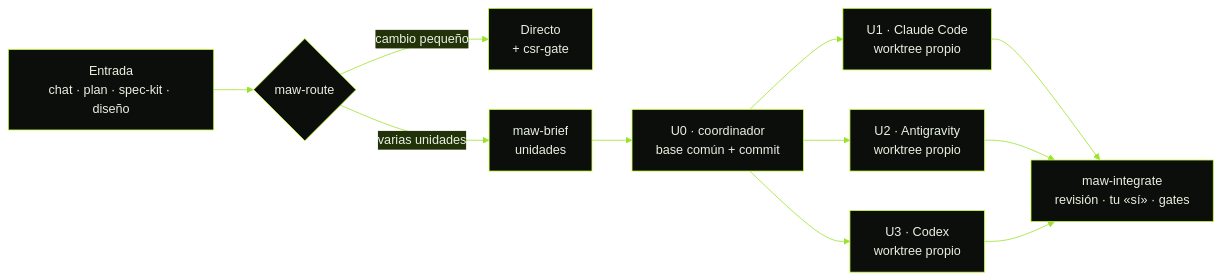
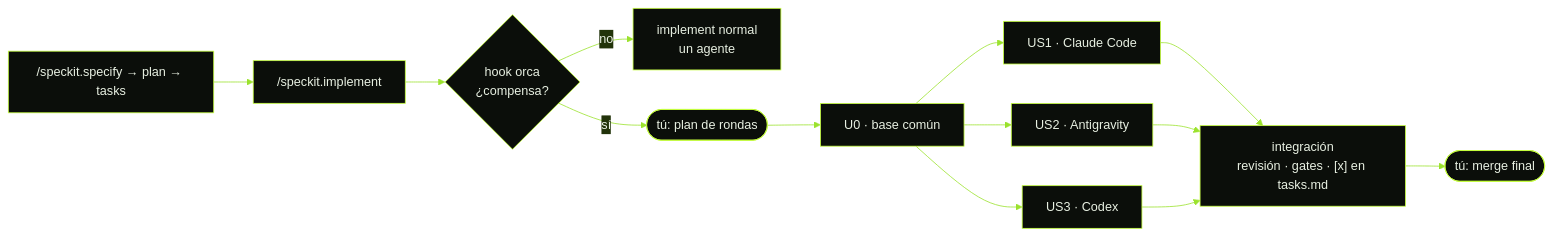
Before and after one commit to FernandoBaqueroo/orca-multiagent-kit: the diagram in README.md, drawn with Mermaid. The commit also changed other lines of this file and 42 other files, not shown here.

First line of the commit message:
feat: v1.1.0 — orquestación automática con una sola skill (orca) y hook de spec-kit

````diff
--- a/README.md
+++ b/README.md
@@ -151,12 +149,12 @@
 ```mermaid
 %%{init: {"theme":"base","themeVariables":{"primaryColor":"#0b0e0a","primaryTextColor":"#e8f0e2","primaryBorderColor":"#c6ff3d","lineColor":"#9be22d","secondaryColor":"#22330a","tertiaryColor":"#050605","fontFamily":"monospace"}}}%%
 flowchart LR
-    IN["Entrada<br/>chat · plan · spec-kit · diseño"] --> R{"maw-route"}
-    R -- "cambio pequeño" --> D["Directo<br/>+ csr-gate"]
-    R -- "varias unidades" --> B["maw-brief<br/>unidades"]
-    B --> U0["U0 · coordinador<br/>base común + commit"]
-    U0 --> W1["U1 · Claude Code<br/>worktree propio"]
-    U0 --> W2["U2 · Antigravity<br/>worktree propio"]
-    U0 --> W3["U3 · Codex<br/>worktree propio"]
-    W1 & W2 & W3 --> I["maw-integrate<br/>revisión · tu «sí» · gates"]
+    S["/speckit.specify → plan → tasks"] --> IMP["/speckit.implement"]
+    IMP --> H{"hook orca<br/>¿compensa?"}
+    H -- "no" --> SEQ["implement normal<br/>un agente"]
+    H -- "sí" --> OK1(["tú: plan de rondas"])
+    OK1 --> U0["U0 · base común"]
+    U0 --> W1["US1 · Claude Code"] & W2["US2 · Antigravity"] & W3["US3 · Codex"]
+    W1 & W2 & W3 --> INT["integración<br/>revisión · gates · [x] en tasks.md"]
+    INT --> OK2(["tú: merge final"])
 ```
````
